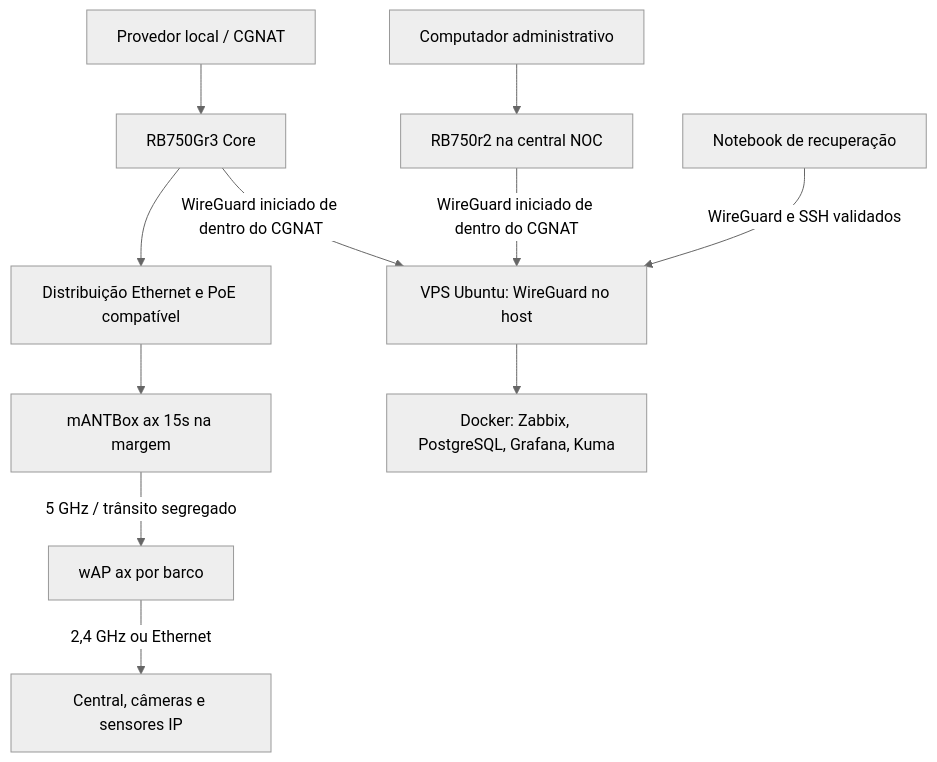
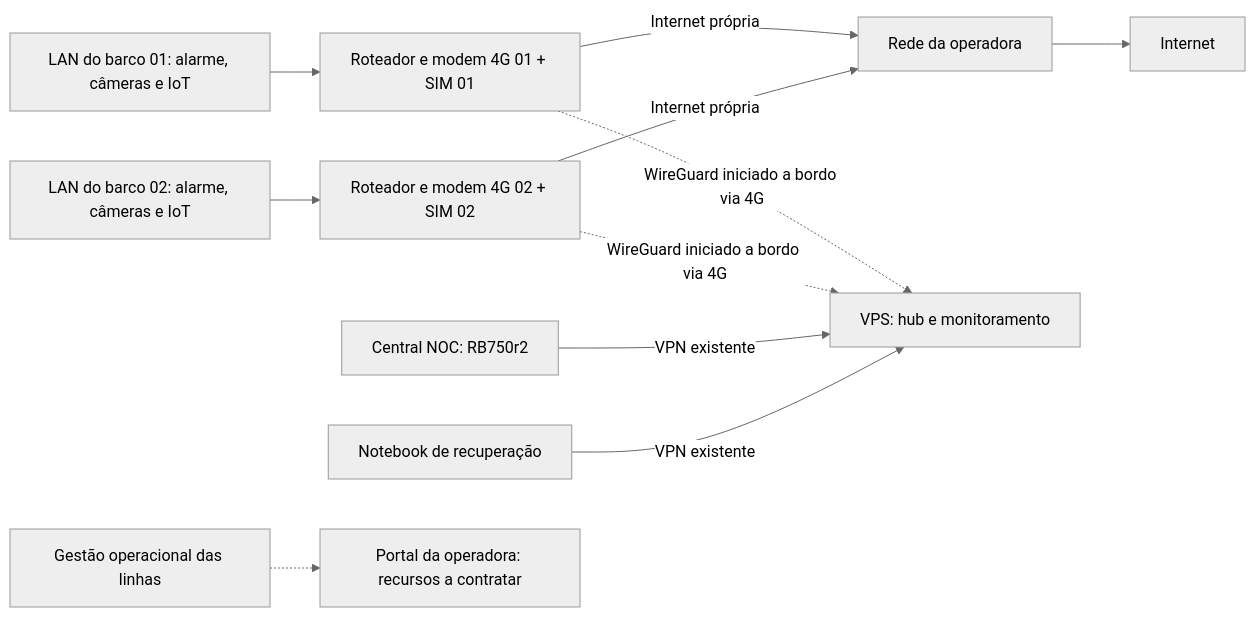
Before and after one commit to Wittemberg/wifi-Guarderia: the diagram in docs/01-architecture/ARCHITECTURE.md, drawn with Mermaid (neutral theme). The commit also changed other lines of this file and 39 other files, not shown here.

````diff
--- a/docs/01-architecture/ARCHITECTURE.md
+++ b/docs/01-architecture/ARCHITECTURE.md
@@ -7,13 +9,13 @@
 ```mermaid
-flowchart TD
-  NOTEBOOK[Notebook de recuperação] -->|WireGuard e SSH validados| VPS
-  PC[Computador administrativo] --> NOC[RB750r2 na central NOC]
-  NOC -->|WireGuard iniciado de dentro do CGNAT| VPS[VPS Ubuntu: WireGuard no host]
-  ISP[Provedor local / CGNAT] --> CORE[RB750Gr3 Core]
-  CORE -->|WireGuard iniciado de dentro do CGNAT| VPS
-  CORE --> POE[Distribuição Ethernet e PoE compatível]
-  POE --> AP[mANTBox ax 15s na margem]
-  AP -->|5 GHz / trânsito segregado| WAP[wAP ax por barco]
-  WAP -->|2,4 GHz ou Ethernet| KIT[Central, câmeras e sensores IP]
-  VPS --> MONITORING[Docker: Zabbix, PostgreSQL, Grafana, Kuma]
+flowchart LR
+  A[LAN do barco 01: alarme, câmeras e IoT] --> R1[Roteador e modem 4G 01 + SIM 01]
+  B[LAN do barco 02: alarme, câmeras e IoT] --> R2[Roteador e modem 4G 02 + SIM 02]
+  R1 -->|Internet própria| OP[Rede da operadora]
+  R2 -->|Internet própria| OP
+  OP --> NET[Internet]
+  R1 -.->|WireGuard iniciado a bordo via 4G| VPS[VPS: hub e monitoramento]
+  R2 -.->|WireGuard iniciado a bordo via 4G| VPS
+  NOC[Central NOC: RB750r2] -->|VPN existente| VPS
+  NB[Notebook de recuperação] -->|VPN existente| VPS
+  OPS[Gestão operacional das linhas] -.-> PORTAL[Portal da operadora: recursos a contratar]
 ```
````
